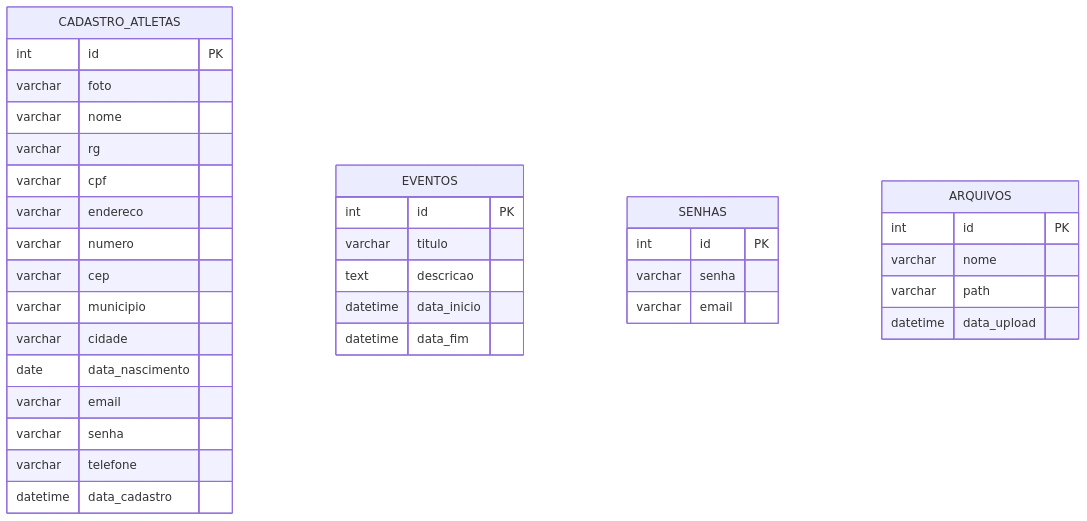
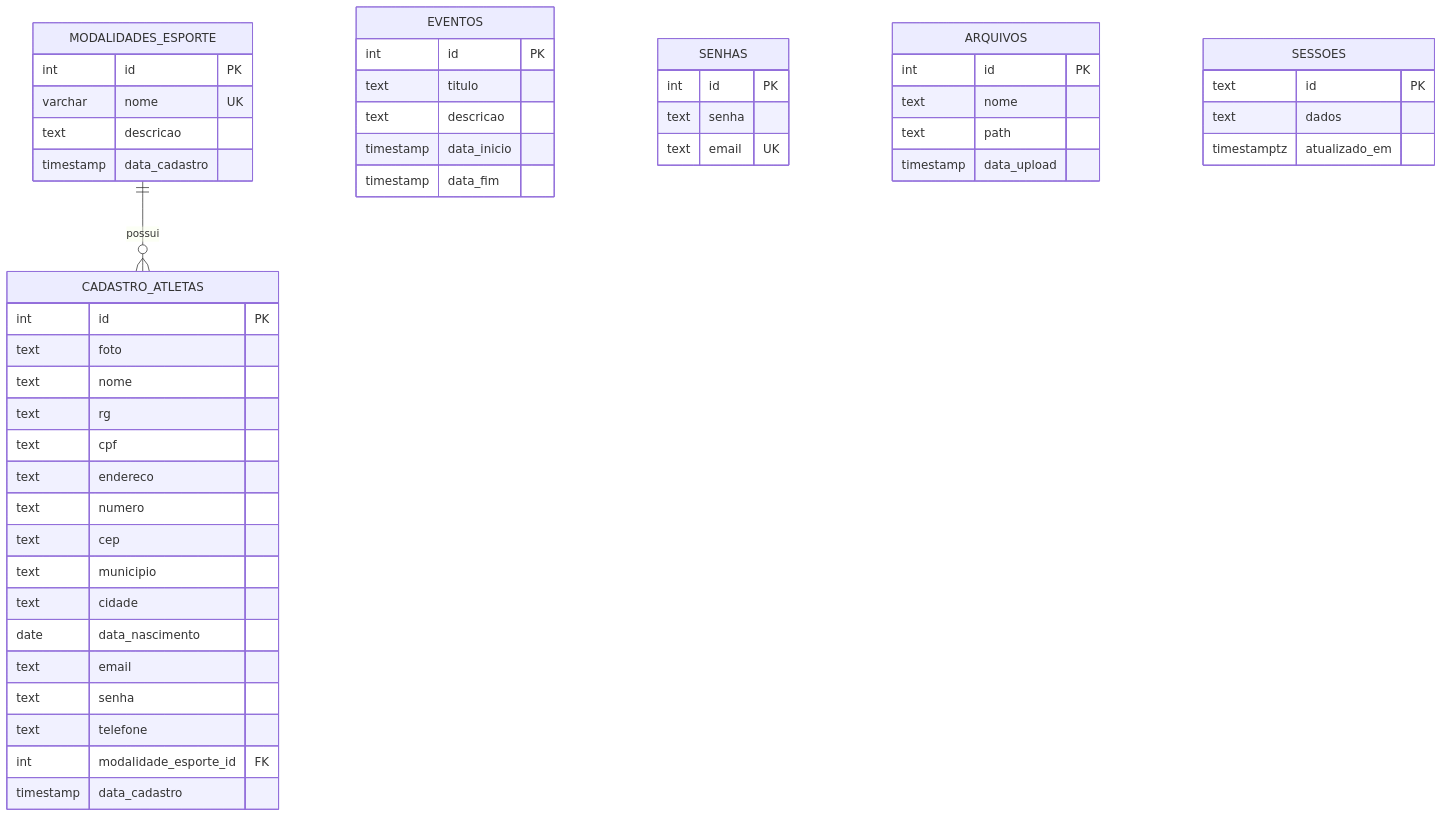
The fourth of 4 diagrams in README.md (JulioAbreuCanalDev33/projeto_jandira), drawn with Mermaid before and after one commit. The commit also changed other lines of this file and 17 other files, not shown here.

````diff
--- a/README.md
+++ b/README.md
@@ -454,41 +460,51 @@
 ```mermaid
 erDiagram
+    MODALIDADES_ESPORTE ||--o{ CADASTRO_ATLETAS : "possui"
+    MODALIDADES_ESPORTE {
+        int id PK
+        varchar nome UK
+        text descricao
+        timestamp data_cadastro
+    }
     CADASTRO_ATLETAS {
         int id PK
-        varchar foto
-        varchar nome
-        varchar rg
-        varchar cpf
-        varchar endereco
-        varchar numero
-        varchar cep
-        varchar municipio
-        varchar cidade
+        text foto
+        text nome
+        text rg
+        text cpf
+        text endereco
+        text numero
+        text cep
+        text municipio
+        text cidade
         date data_nascimento
-        varchar email
-        varchar senha
-        varchar telefone
-        datetime data_cadastro
+        text email
+        text senha
+        text telefone
+        int modalidade_esporte_id FK
+        timestamp data_cadastro
     }
-
     EVENTOS {
         int id PK
-        varchar titulo
+        text titulo
         text descricao
-        datetime data_inicio
-        datetime data_fim
+        timestamp data_inicio
+        timestamp data_fim
     }
-
     SENHAS {
         int id PK
-        varchar senha
-        varchar email
+        text senha
+        text email UK
     }
-
     ARQUIVOS {
         int id PK
-        varchar nome
-        varchar path
-        datetime data_upload
+        text nome
+        text path
+        timestamp data_upload
+    }
+    SESSOES {
+        text id PK
+        text dados
+        timestamptz atualizado_em
     }
 ```
````
